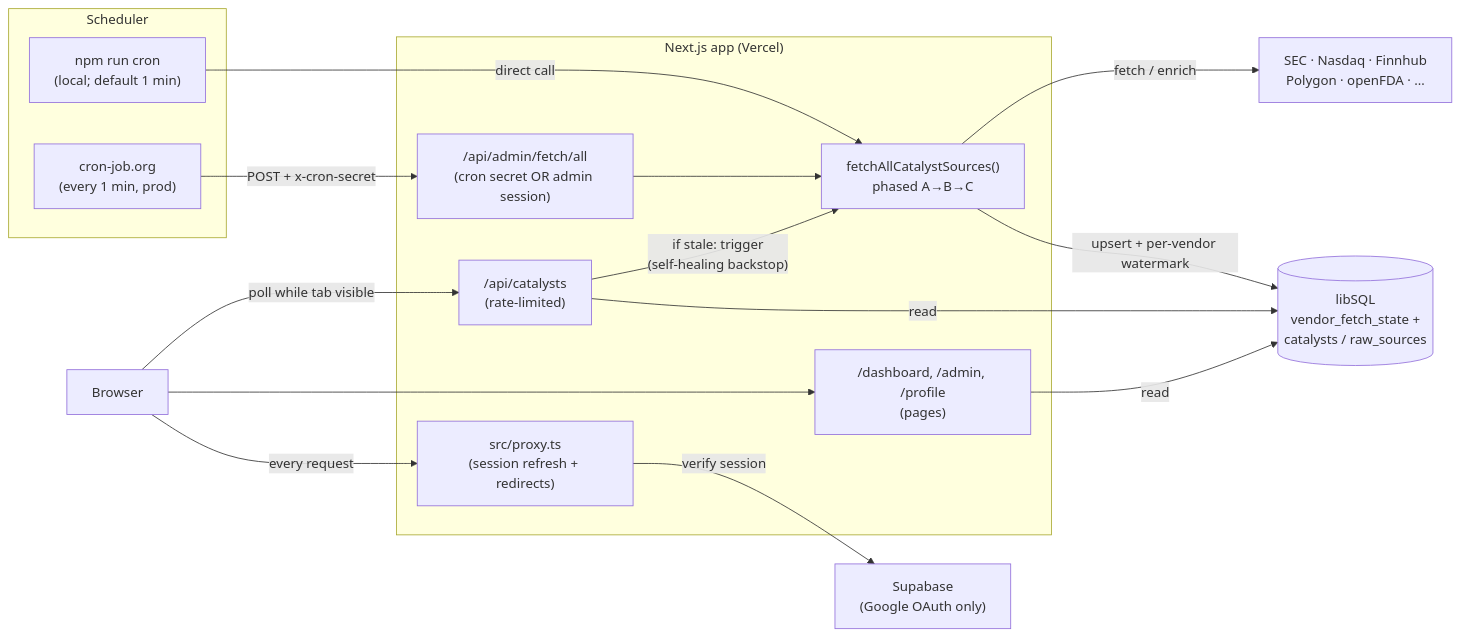
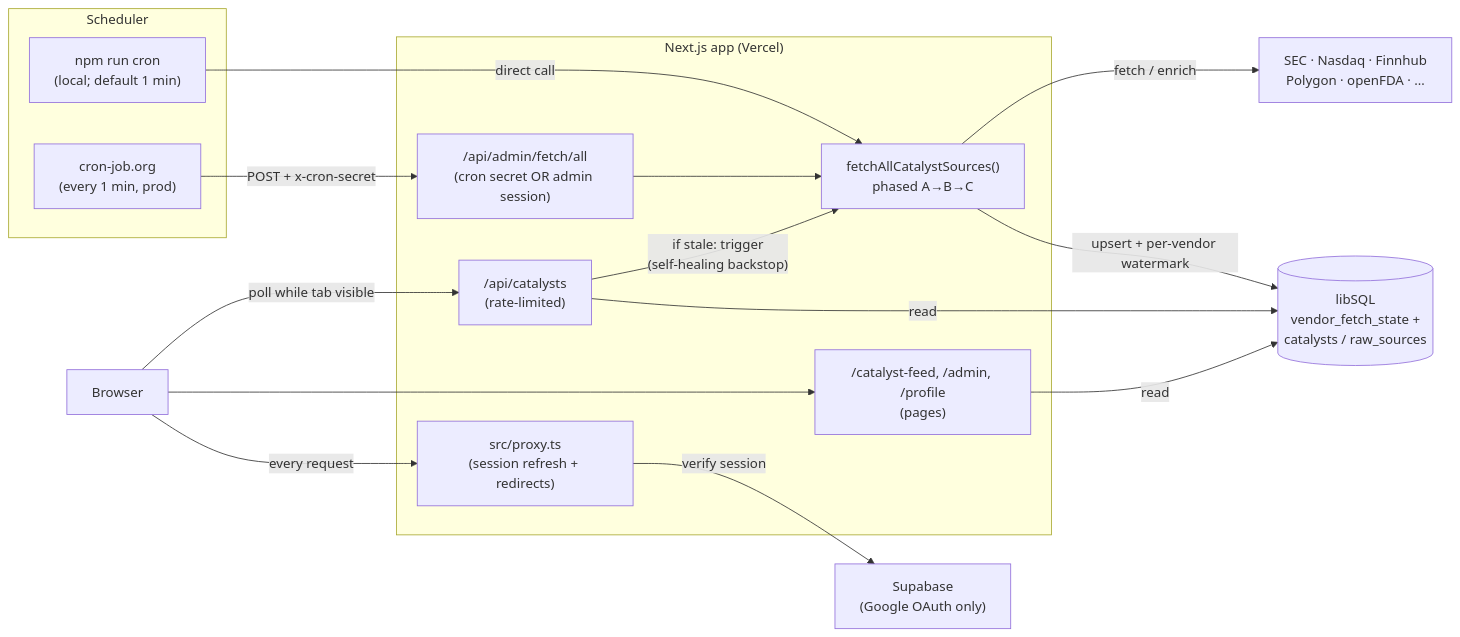
Before and after one commit to catalystintel/catalyst-intel: the diagram in ARCHITECTURE.md, drawn with Mermaid. The commit also changed 32 other files, not shown here.

First line of the commit message:
feat: rename /dashboard URL to /catalyst-feed

````diff
--- a/ARCHITECTURE.md
+++ b/ARCHITECTURE.md
@@ -14,34 +14,34 @@
 ```mermaid
 flowchart LR
     subgraph Scheduler["Scheduler"]
         CronJobOrg["cron-job.org\n(every 1 min, prod)"]
         LocalCron["npm run cron\n(local; default 1 min)"]
     end
 
     subgraph App["Next.js app (Vercel)"]
         AdminAPI["/api/admin/fetch/all\n(cron secret OR admin session)"]
         Job["fetchAllCatalystSources()\nphased A→B→C"]
         CatalystsAPI["/api/catalysts\n(rate-limited)"]
         Proxy["src/proxy.ts\n(session refresh + redirects)"]
-        Dashboard["/dashboard, /admin, /profile\n(pages)"]
+        Dashboard["/catalyst-feed, /admin, /profile\n(pages)"]
     end
 
     Vendors["SEC · Nasdaq · Finnhub\nPolygon · openFDA · …"]
     DB[("libSQL\nvendor_fetch_state +\ncatalysts / raw_sources")]
     Supabase["Supabase\n(Google OAuth only)"]
     Browser["Browser"]
 
     CronJobOrg -- "POST + x-cron-secret" --> AdminAPI
     LocalCron -- "direct call" --> Job
     AdminAPI --> Job
     Job -- "fetch / enrich" --> Vendors
     Job -- "upsert + per-vendor watermark" --> DB
 
     Browser -- "poll while tab visible" --> CatalystsAPI
     CatalystsAPI -- "read" --> DB
     CatalystsAPI -- "if stale: trigger\n(self-healing backstop)" --> Job
     Browser -- "every request" --> Proxy
     Proxy -- "verify session" --> Supabase
     Browser --> Dashboard
     Dashboard -- "read" --> DB
 ```
````
